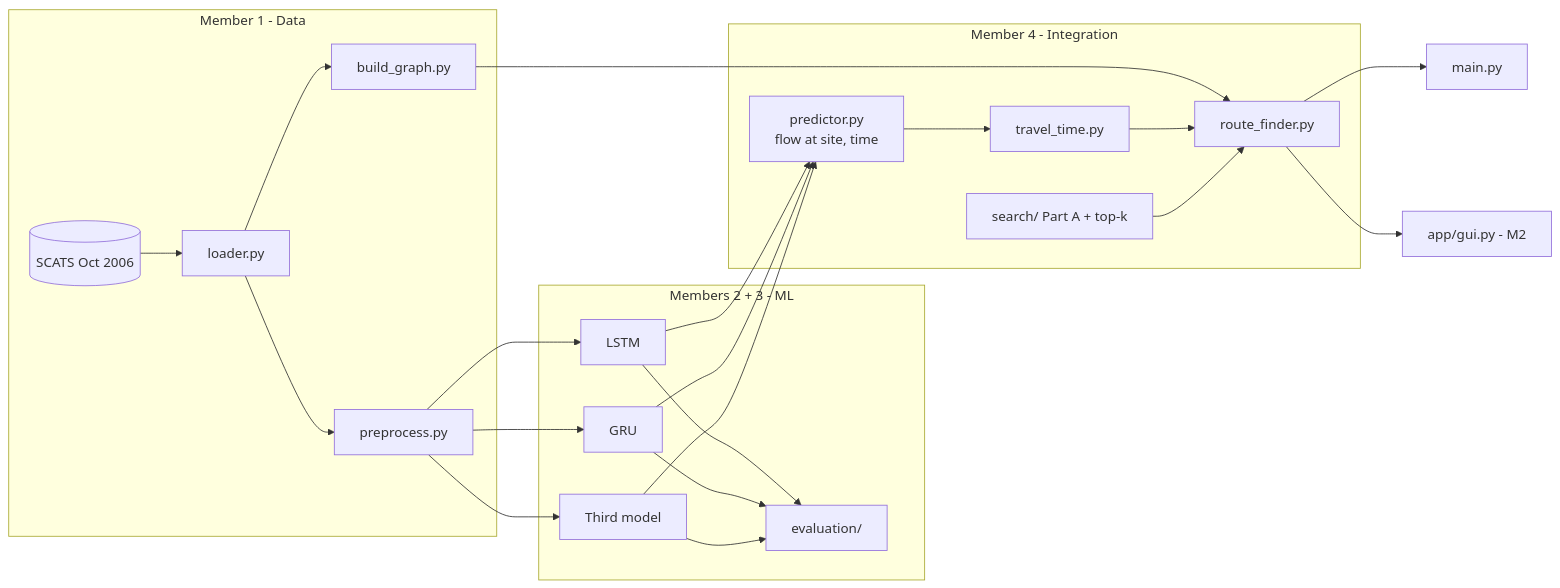
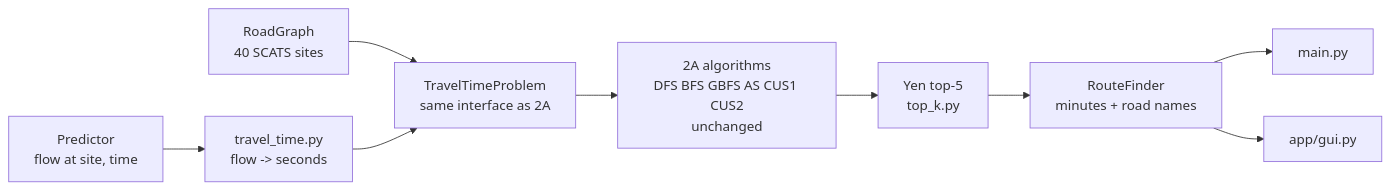
The second of 2 diagrams in README.md (KevinRusli/traffic_flow_prediction), drawn with Mermaid before and after one commit. The commit also changed other lines of this file and 84 other files, not shown here.

Commit message:
chore: integrate A2A algorithms, team split, GUI spec

````diff
--- a/README.md
+++ b/README.md
@@ -109,20 +103,10 @@
 ```mermaid
 flowchart LR
-    subgraph M1[Member 1 - Data]
-        XLS[(SCATS Oct 2006)] --> L[loader.py] --> P[preprocess.py]
-        L --> GB[build_graph.py]
-    end
-    subgraph M2M3[Members 2 + 3 - ML]
-        P --> LSTM[LSTM] & GRU[GRU] & T3[Third model]
-        LSTM & GRU & T3 --> EV[evaluation/]
-    end
-    subgraph M4[Member 4 - Integration]
-        PR[predictor.py<br/>flow at site, time] --> TT[travel_time.py]
-        GB --> RF[route_finder.py]
-        TT --> RF
-        S[search/ Part A + top-k] --> RF
-    end
-    LSTM & GRU & T3 --> PR
-    RF --> CLI[main.py]
-    RF --> GUI[app/gui.py - M2]
+    G[RoadGraph<br/>40 SCATS sites] --> P[TravelTimeProblem<br/>same interface as 2A]
+    ML[Predictor<br/>flow at site, time] --> TT[travel_time.py<br/>flow -> seconds]
+    TT --> P
+    P --> A[2A algorithms<br/>DFS BFS GBFS AS CUS1 CUS2<br/>unchanged]
+    A --> Y[Yen top-5<br/>top_k.py]
+    Y --> RF[RouteFinder<br/>minutes + road names]
+    RF --> CLI[main.py] & GUI[app/gui.py]
 ```
````
